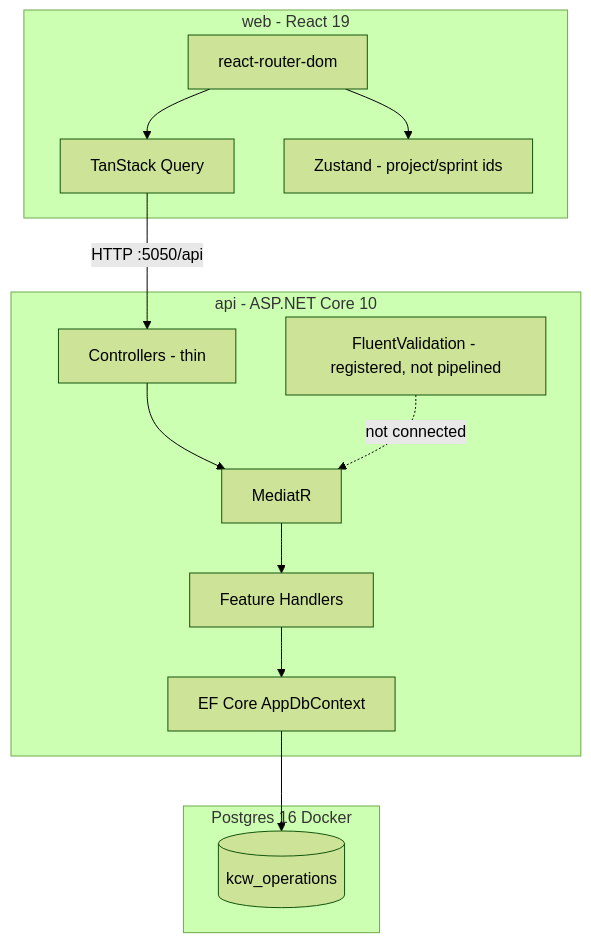
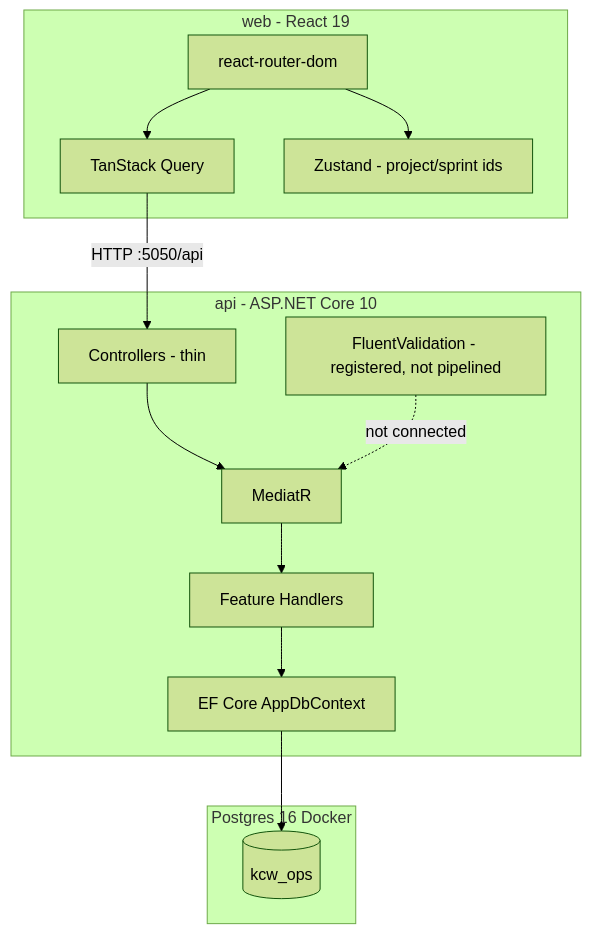
Before and after one commit to kcwoodfield/kcw_ops: the first of 2 diagrams in docs/CODEBASE_AUDIT.md, drawn with Mermaid (forest theme). The commit also changed 1 other file, not shown here.

Commit message:
Finish compact Kanban layout + rename kcw_operations ref
- Kanban board scrolls horizontally with fixed 240px columns below 900px
  instead of squishing all four columns into the narrow viewport
- Fix stale kcw_operations reference in CODEBASE_AUDIT.md diagram

````diff
--- a/docs/CODEBASE_AUDIT.md
+++ b/docs/CODEBASE_AUDIT.md
@@ -67,29 +67,29 @@
 ```mermaid
 flowchart TB
   subgraph client [web - React 19]
     RR[react-router-dom]
     TQ[TanStack Query]
     ZS[Zustand - project/sprint ids]
     RR --> TQ
     RR --> ZS
   end
 
   subgraph api [api - ASP.NET Core 10]
     CTRL[Controllers - thin]
     MED[MediatR]
     VAL[FluentValidation - registered, not pipelined]
     HND[Feature Handlers]
     EF[EF Core AppDbContext]
     CTRL --> MED
     MED --> HND
     VAL -.->|not connected| MED
     HND --> EF
   end
 
   subgraph data [Postgres 16 Docker]
-    PG[(kcw_operations)]
+    PG[(kcw_ops)]
   end
 
   TQ -->|HTTP :5050/api| CTRL
   EF --> PG
 ```
````
